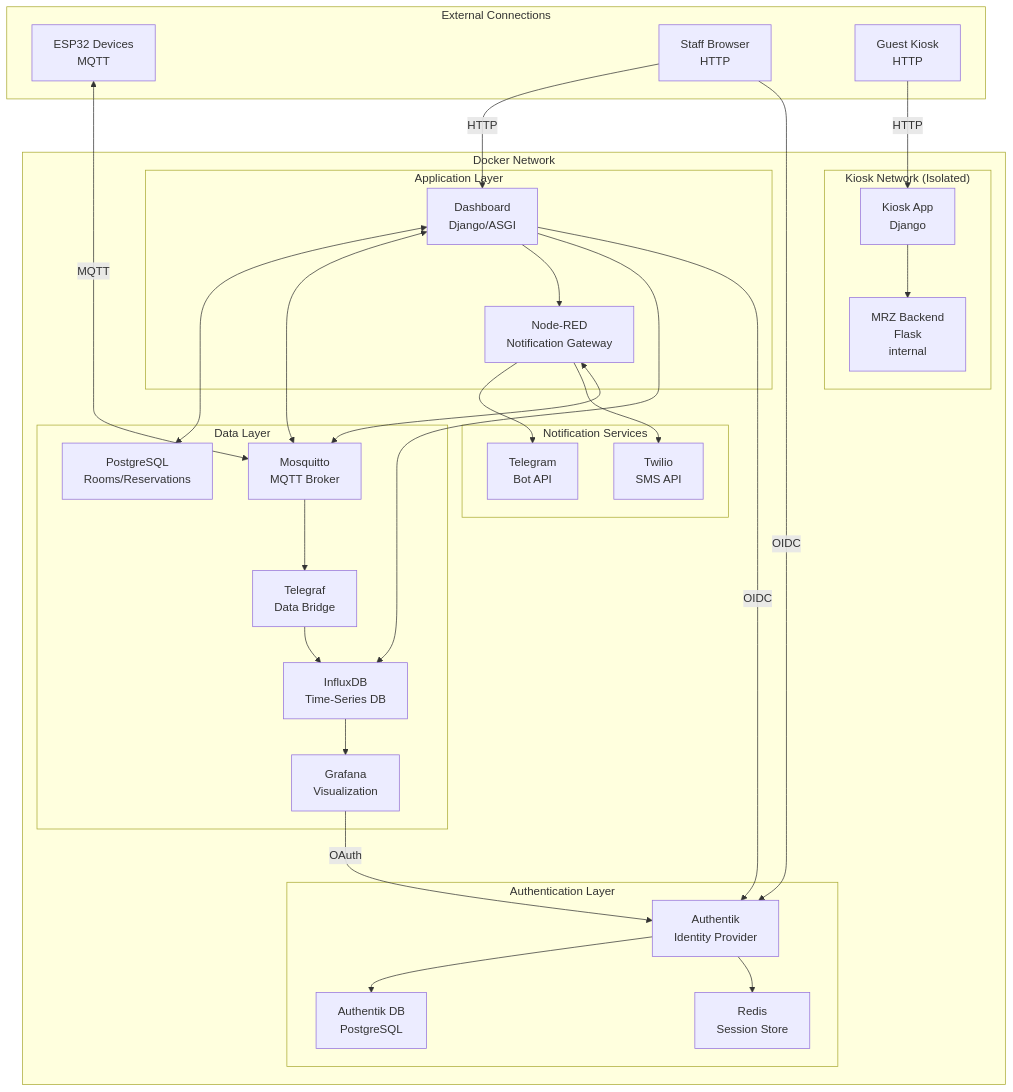
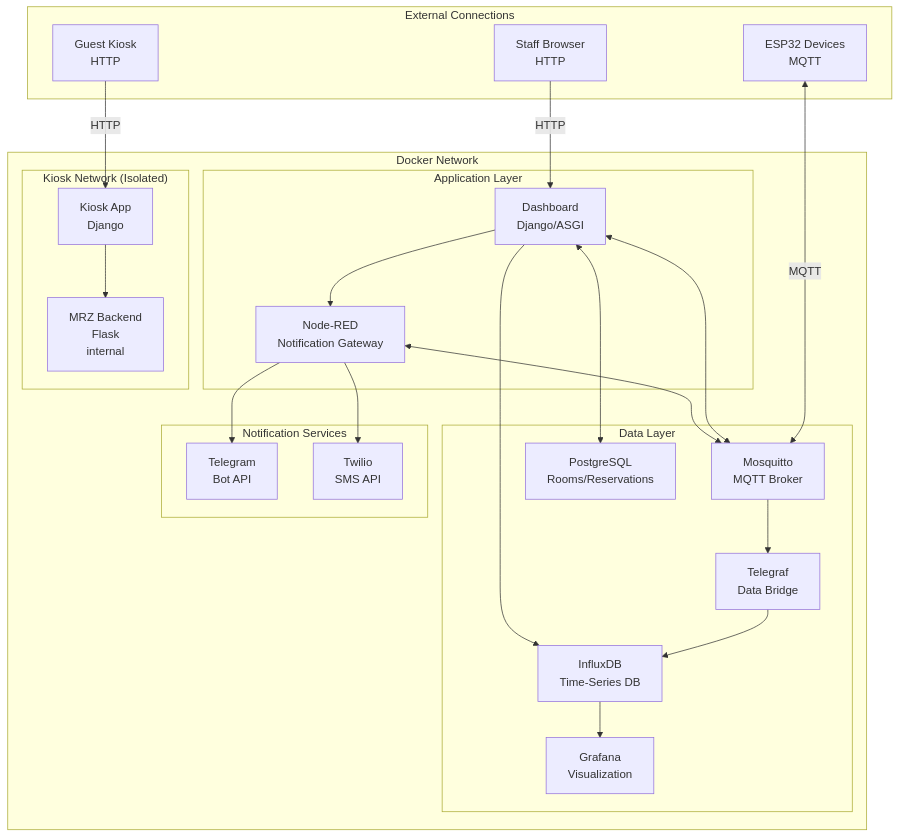
One commit to omarmx9/smart-hotel changed the first of 5 diagrams in cloud/README.md. Above: the diagram before and after it, drawn with Mermaid. The commit also changed other lines of this file and 100 other files, not shown here.

````diff
--- a/cloud/README.md
+++ b/cloud/README.md
@@ -40,64 +39,52 @@
 ```mermaid
 flowchart TB
     subgraph EXTERNAL["External Connections"]
         ESP32["ESP32 Devices<br/>MQTT"]
         STAFF["Staff Browser<br/>HTTP"]
         GUESTS["Guest Kiosk<br/>HTTP"]
     end
 
     subgraph DOCKER["Docker Network"]
-        subgraph AUTH_LAYER["Authentication Layer"]
-            AUTHENTIK["Authentik<br/>Identity Provider"]
-            AUTH_DB["Authentik DB<br/>PostgreSQL"]
-            AUTH_REDIS["Redis<br/>Session Store"]
-        end
-
         subgraph DATA_LAYER["Data Layer"]
             MOSQUITTO["Mosquitto<br/>MQTT Broker"]
             TELEGRAF["Telegraf<br/>Data Bridge"]
             INFLUXDB["InfluxDB<br/>Time-Series DB"]
             GRAFANA["Grafana<br/>Visualization"]
             POSTGRES["PostgreSQL<br/>Rooms/Reservations"]
         end
         
         subgraph APP_LAYER["Application Layer"]
             DASHBOARD["Dashboard<br/>Django/ASGI"]
             NODERED["Node-RED<br/>Notification Gateway"]
         end
         
         subgraph NOTIFY["Notification Services"]
             TELEGRAM["Telegram<br/>Bot API"]
             SMS["Twilio<br/>SMS API"]
         end
         
         subgraph KIOSK_NET["Kiosk Network (Isolated)"]
             KIOSK["Kiosk App<br/>Django"]
             MRZ["MRZ Backend<br/>Flask<br/>internal"]
         end
     end
 
     ESP32 <-->|MQTT| MOSQUITTO
     STAFF -->|HTTP| DASHBOARD
-    STAFF -->|OIDC| AUTHENTIK
     GUESTS -->|HTTP| KIOSK
     
     MOSQUITTO --> TELEGRAF
     TELEGRAF --> INFLUXDB
     INFLUXDB --> GRAFANA
-    GRAFANA -->|OAuth| AUTHENTIK
-    
-    AUTHENTIK --> AUTH_DB
-    AUTHENTIK --> AUTH_REDIS
     
     DASHBOARD <--> POSTGRES
     DASHBOARD <--> MOSQUITTO
     DASHBOARD --> NODERED
     DASHBOARD --> INFLUXDB
-    DASHBOARD -->|OIDC| AUTHENTIK
     
     NODERED --> TELEGRAM
     NODERED --> SMS
     NODERED <--> MOSQUITTO
     
     KIOSK --> MRZ
 ```
````
